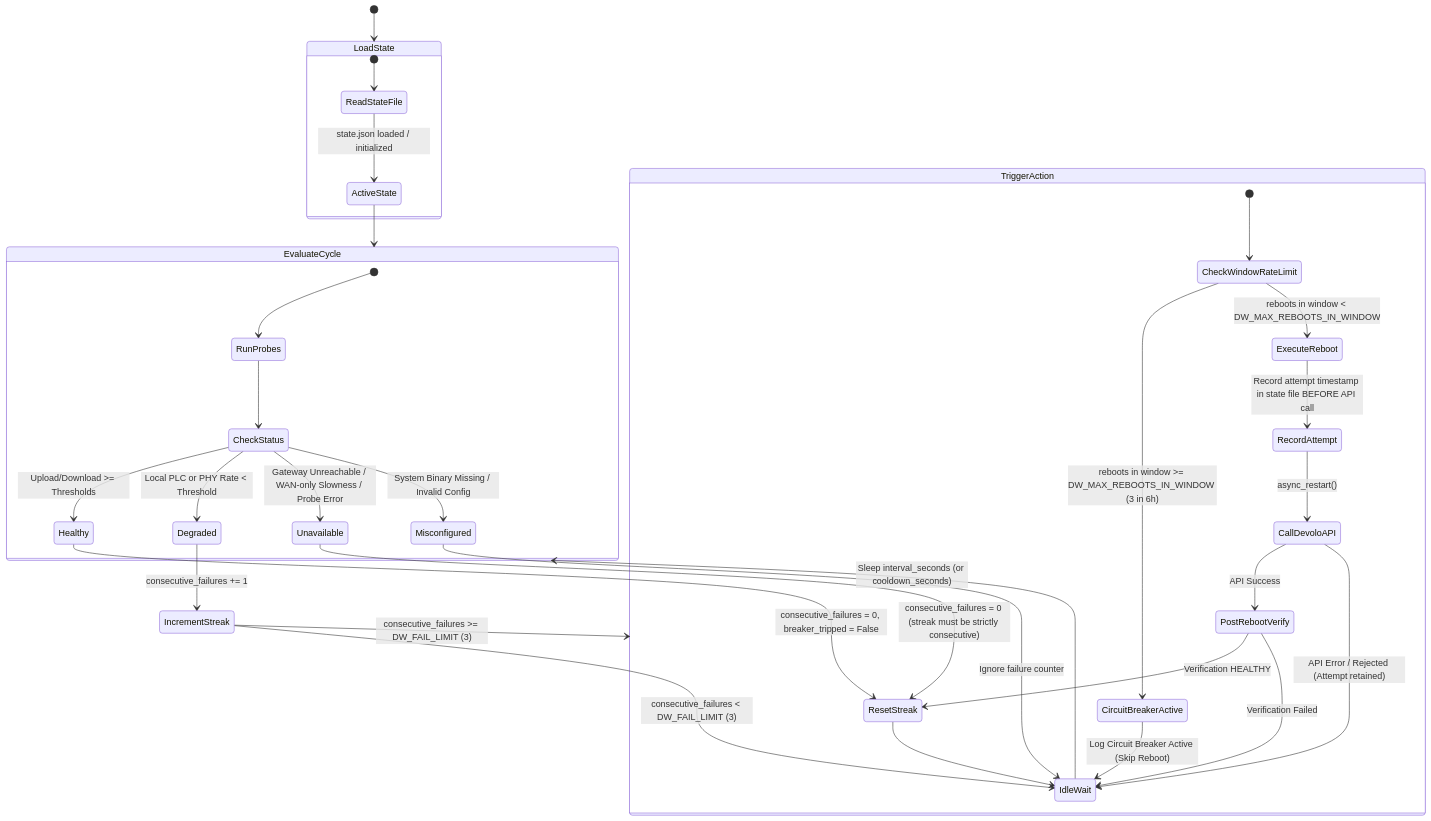
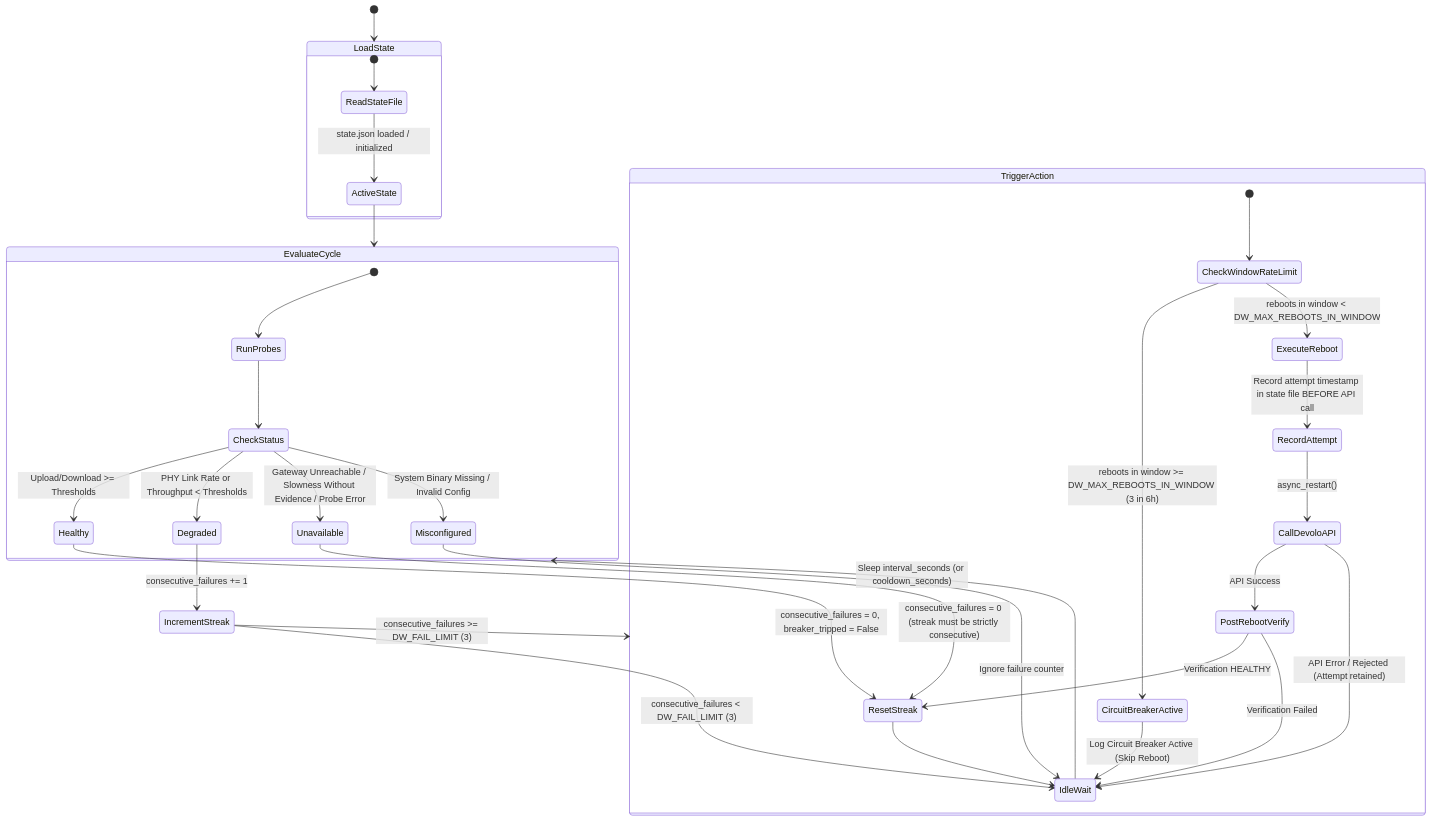
One commit to valentinsviridov/devolo-throughput-watchdog changed the third of 3 diagrams in README.md. Above: the diagram before and after it, drawn with Mermaid. The commit also changed other lines of this file and 13 other files, not shown here.

````diff
--- a/README.md
+++ b/README.md
@@ -96,44 +94,44 @@
 ```mermaid
 stateDiagram-v2
     [*] --> LoadState
 
     state LoadState {
         [*] --> ReadStateFile
         ReadStateFile --> ActiveState: state.json loaded / initialized
     }
 
     ActiveState --> EvaluateCycle
 
     state EvaluateCycle {
         [*] --> RunProbes
         RunProbes --> CheckStatus
         CheckStatus --> Healthy: Upload/Download >= Thresholds
-        CheckStatus --> Degraded: Local PLC or PHY Rate < Threshold
-        CheckStatus --> Unavailable: Gateway Unreachable / WAN-only Slowness / Probe Error
+        CheckStatus --> Degraded: PHY Link Rate or Throughput < Thresholds
+        CheckStatus --> Unavailable: Gateway Unreachable / Slowness Without Evidence / Probe Error
         CheckStatus --> Misconfigured: System Binary Missing / Invalid Config
     }
 
     Healthy --> ResetStreak: consecutive_failures = 0, breaker_tripped = False
     Unavailable --> ResetStreak: consecutive_failures = 0 (streak must be strictly consecutive)
     Misconfigured --> IdleWait: Ignore failure counter
 
     Degraded --> IncrementStreak: consecutive_failures += 1
     IncrementStreak --> IdleWait: consecutive_failures < DW_FAIL_LIMIT (3)
     IncrementStreak --> TriggerAction: consecutive_failures >= DW_FAIL_LIMIT (3)
 
     state TriggerAction {
         [*] --> CheckWindowRateLimit
         CheckWindowRateLimit --> CircuitBreakerActive: reboots in window >= DW_MAX_REBOOTS_IN_WINDOW (3 in 6h)
         CheckWindowRateLimit --> ExecuteReboot: reboots in window < DW_MAX_REBOOTS_IN_WINDOW
         CircuitBreakerActive --> IdleWait: Log Circuit Breaker Active (Skip Reboot)
         ExecuteReboot --> RecordAttempt: Record attempt timestamp in state file BEFORE API call
         RecordAttempt --> CallDevoloAPI: async_restart()
         CallDevoloAPI --> PostRebootVerify: API Success
         PostRebootVerify --> ResetStreak: Verification HEALTHY
         PostRebootVerify --> IdleWait: Verification Failed
         CallDevoloAPI --> IdleWait: API Error / Rejected (Attempt retained)
     }
 
     ResetStreak --> IdleWait
     IdleWait --> EvaluateCycle: Sleep interval_seconds (or cooldown_seconds)
 ```
````
